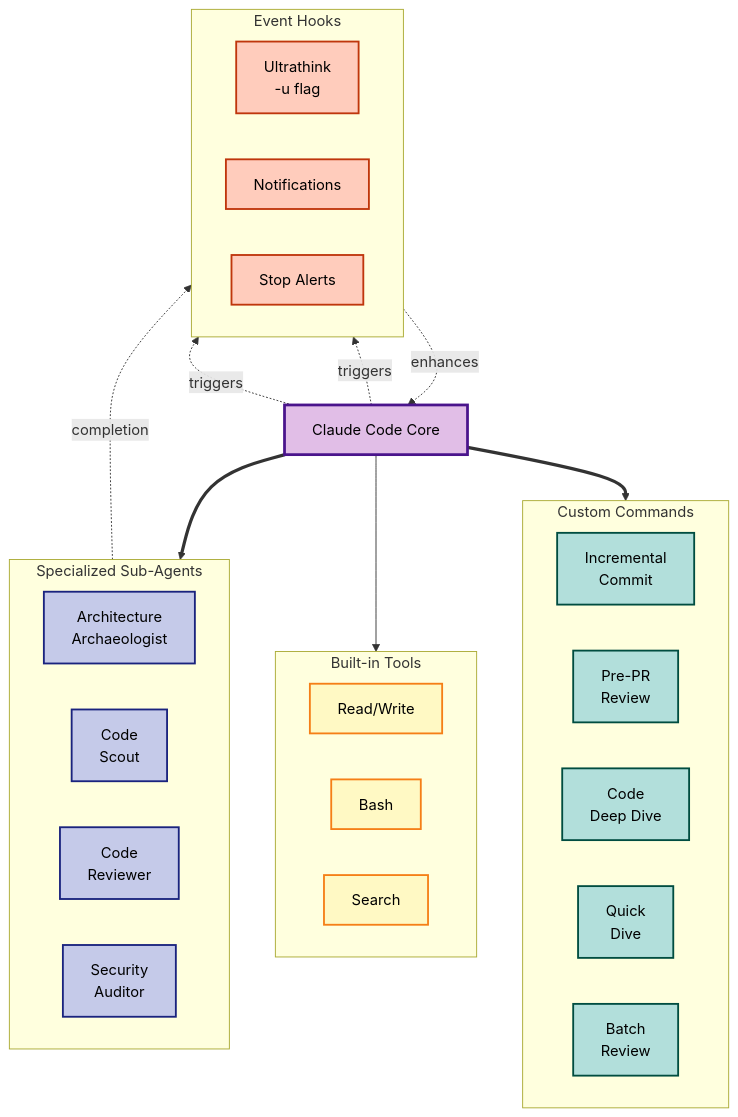
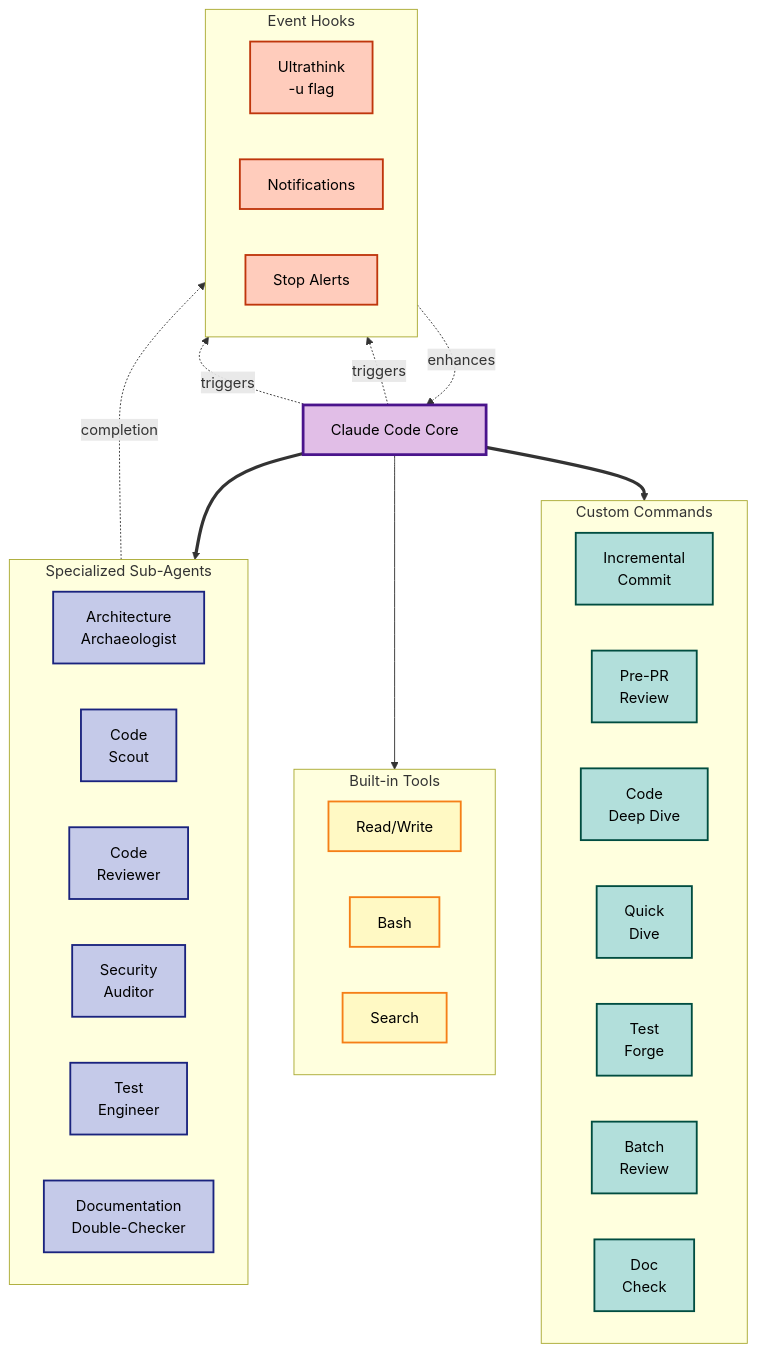
One commit to Roasbeef/claude-files changed the diagram in README.md. Above: the diagram before and after it, drawn with Mermaid. The commit also changed other lines of this file, not shown here.

````diff
--- a/README.md
+++ b/README.md
@@ -13,64 +13,68 @@
 ```mermaid
 graph TB
     %% Core System
     Main[Claude Code Core]
     
     %% Built-in Tools
     subgraph Tools["Built-in Tools"]
         direction LR
         T1[Read/Write]
         T2[Bash]
         T3[Search]
     end
     
     %% Sub-Agents Layer
     subgraph Agents["Specialized Sub-Agents"]
         direction LR
         AA[Architecture<br/>Archaeologist]
         CS[Code<br/>Scout]
         CR[Code<br/>Reviewer]
         SA[Security<br/>Auditor]
+        TE[Test<br/>Engineer]
+        DD[Documentation<br/>Double-Checker]
     end
     
     %% Commands Layer
     subgraph Commands["Custom Commands"]
         direction LR
         IC[Incremental<br/>Commit]
         PR[Pre-PR<br/>Review]
         CD[Code<br/>Deep Dive]
         QD[Quick<br/>Dive]
+        TF[Test<br/>Forge]
         BR[Batch<br/>Review]
+        DC[Doc<br/>Check]
     end
     
     %% Hooks System
     subgraph Hooks["Event Hooks"]
         direction LR
         UT[Ultrathink<br/>-u flag]
         NH[Notifications]
         SH[Stop Alerts]
     end
     
     %% Connections - organized to minimize crossings
     Main --> Tools
     Main ==> Agents
     Main ==> Commands
     
     %% Hook interactions
     UT -.->|enhances| Main
     Main -.->|triggers| NH
     Main -.->|triggers| SH
     Agents -.->|completion| SH
     
     %% Styling
     classDef core fill:#e1bee7,stroke:#4a148c,stroke-width:3px,color:#000
     classDef agents fill:#c5cae9,stroke:#1a237e,stroke-width:2px,color:#000
     classDef commands fill:#b2dfdb,stroke:#004d40,stroke-width:2px,color:#000
     classDef hooks fill:#ffccbc,stroke:#bf360c,stroke-width:2px,color:#000
     classDef tools fill:#fff9c4,stroke:#f57f17,stroke-width:2px,color:#000
     
     class Main core
-    class AA,CS,CR,SA agents
-    class IC,PR,CD,QD,BR commands
+    class AA,CS,CR,SA,TE,DD agents
+    class IC,PR,CD,QD,TF,BR,DC commands
     class UT,NH,SH hooks
     class T1,T2,T3 tools
 ```
````
